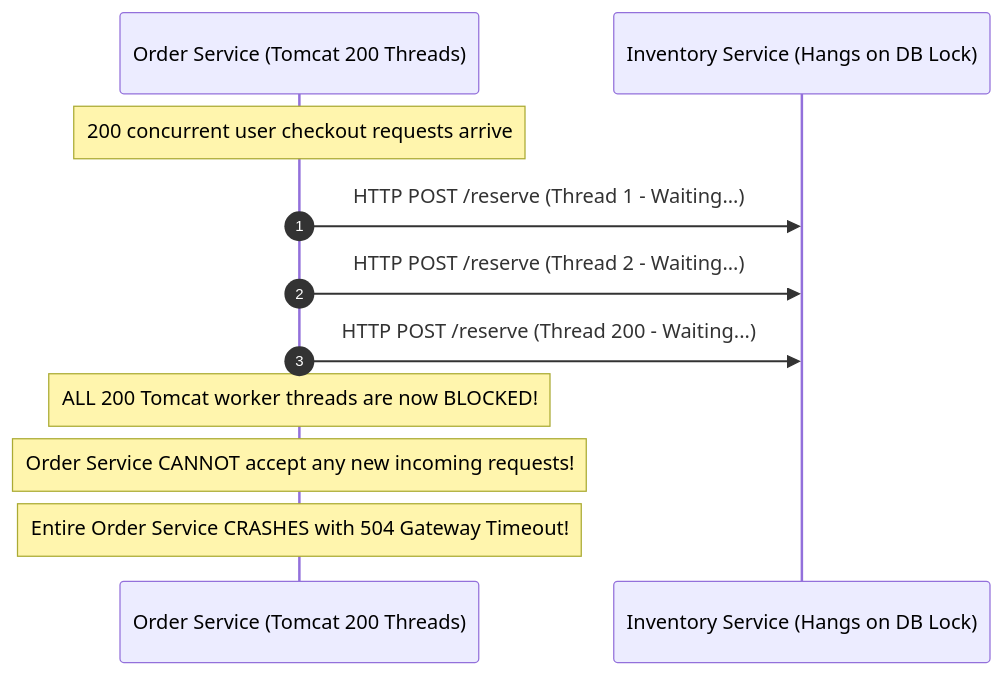
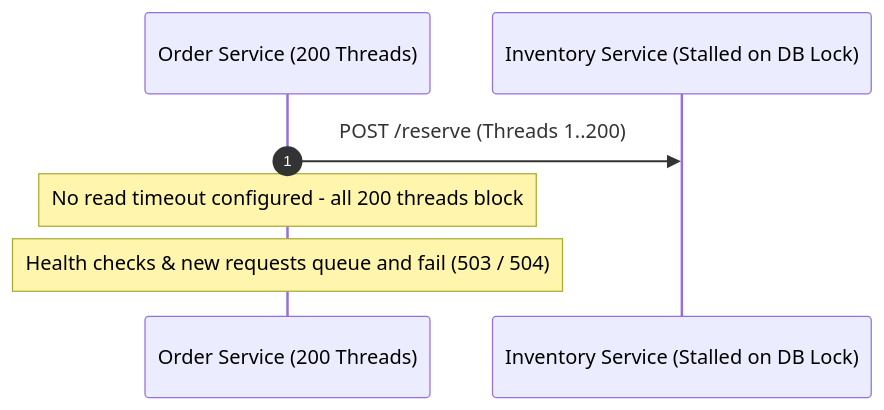
Before and after one commit to ravishankar2463/java_hub: the third of 3 diagrams in content/roadmap/level-11/inter-service-communication.md, drawn with Mermaid. The commit also changed other lines of this file and 119 other files, not shown here.

Commit message:
feat: add comprehensive java learning roadmap content across multiple levels

````diff
--- a/content/roadmap/level-11/inter-service-communication.md
+++ b/content/roadmap/level-11/inter-service-communication.md
@@ -243,15 +325,10 @@
 ```mermaid
 sequenceDiagram
     autonumber
-    participant Client as Order Service (Tomcat 200 Threads)
-    participant Server as Inventory Service (Hangs on DB Lock)
+    participant Caller as Order Service (200 Threads)
+    participant Remote as Inventory Service (Stalled on DB Lock)
 
-    Note over Client: 200 concurrent user checkout requests arrive
-    Client->>Server: HTTP POST /reserve (Thread 1 - Waiting...)
-    Client->>Server: HTTP POST /reserve (Thread 2 - Waiting...)
-    Client->>Server: HTTP POST /reserve (Thread 200 - Waiting...)
-
-    Note over Client: ALL 200 Tomcat worker threads are now BLOCKED!
-    Note over Client: Order Service CANNOT accept any new incoming requests!
-    Note over Client: Entire Order Service CRASHES with 504 Gateway Timeout!
+    Caller->>Remote: POST /reserve (Threads 1..200)
+    Note over Caller: No read timeout configured - all 200 threads block
+    Note over Caller: Health checks & new requests queue and fail (503 / 504)
 ```
````
